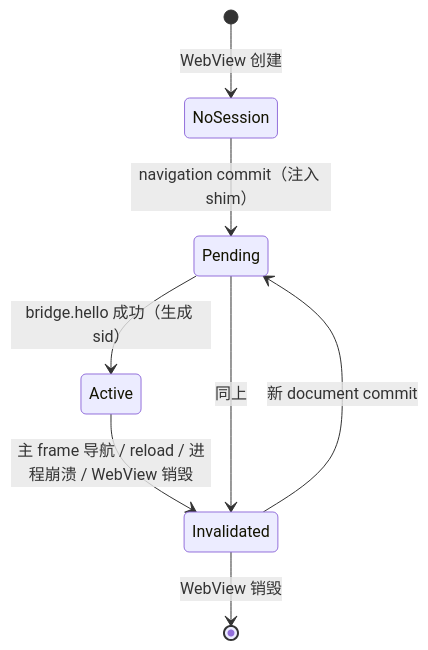
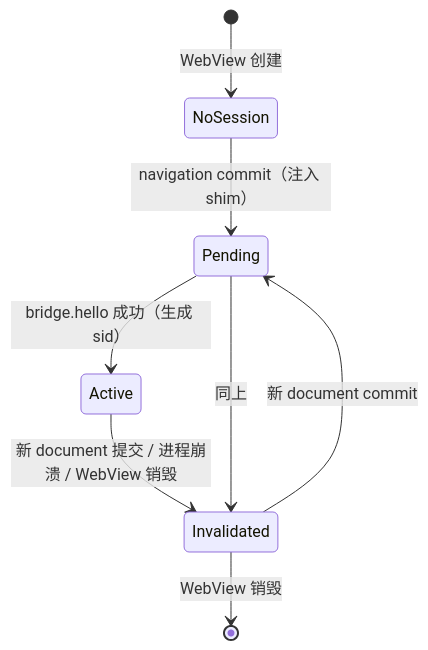
Before and after one commit to Josp3r/open-jsbridge: the sixth of 6 diagrams in docs/protocol.md, drawn with Mermaid. The commit also changed other lines of this file and 25 other files, not shown here.

````diff
--- a/docs/protocol.md
+++ b/docs/protocol.md
@@ -510,10 +531,10 @@
 ```mermaid
 stateDiagram-v2
   [*] --> NoSession: WebView 创建
   NoSession --> Pending: navigation commit（注入 shim）
   Pending --> Active: bridge.hello 成功（生成 sid）
-  Active --> Invalidated: 主 frame 导航 / reload / 进程崩溃 / WebView 销毁
+  Active --> Invalidated: 新 document 提交 / 进程崩溃 / WebView 销毁
   Pending --> Invalidated: 同上
   Invalidated --> Pending: 新 document commit
   Invalidated --> [*]: WebView 销毁
 ```
````
